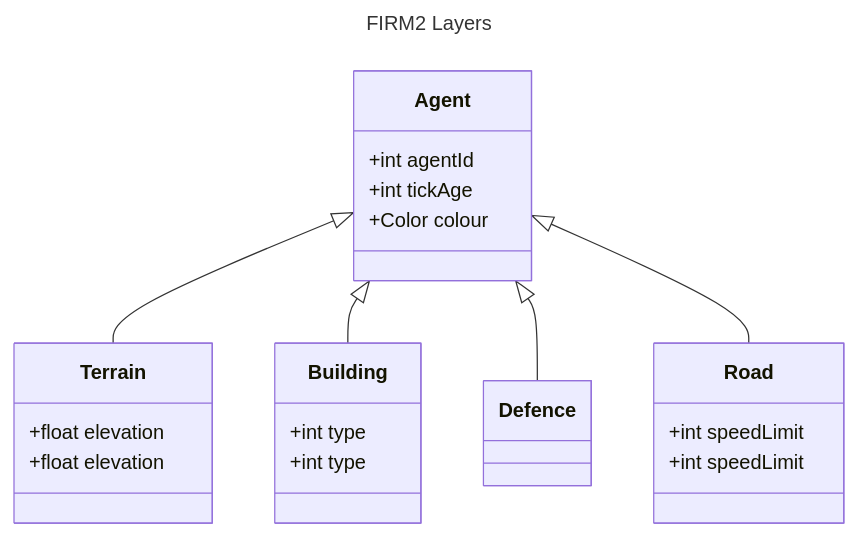
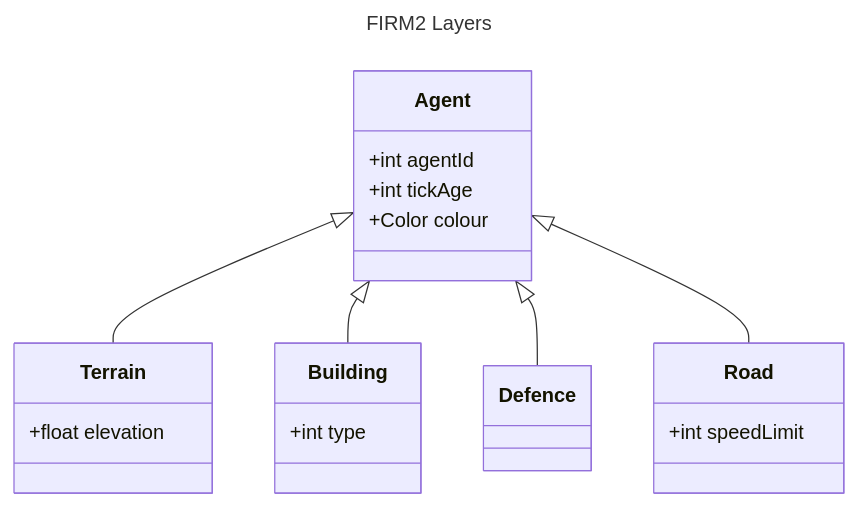
Before and after one commit to nclwater/FIRM2: the diagram in DESIGN.md, drawn with Mermaid.

Commit message:
More fixing graph

````diff
--- a/DESIGN.md
+++ b/DESIGN.md
@@ -5,41 +5,31 @@
 ```mermaid
 ---
 title: FIRM2 Layers
 ---
 
 classDiagram
     class Agent{
         +int agentId
         +int tickAge
         +Color colour
     }
     class Terrain {
         +float elevation
     }
     class Building {
         +int type
     }
     class Defence
     class Road {
         +int speedLimit
     }
    
     Agent <|--Terrain
     Agent <|--Building
     Agent <|--Defence
     Agent <|--Road
     
-    
-    class Terrain
-    Terrain : +float elevation
-    
-    class Building
-    Building : +int type
-    
-    class Defence
-    
-    class Road
-    Road : +int speedLimit
+
     
 
 ```
````
